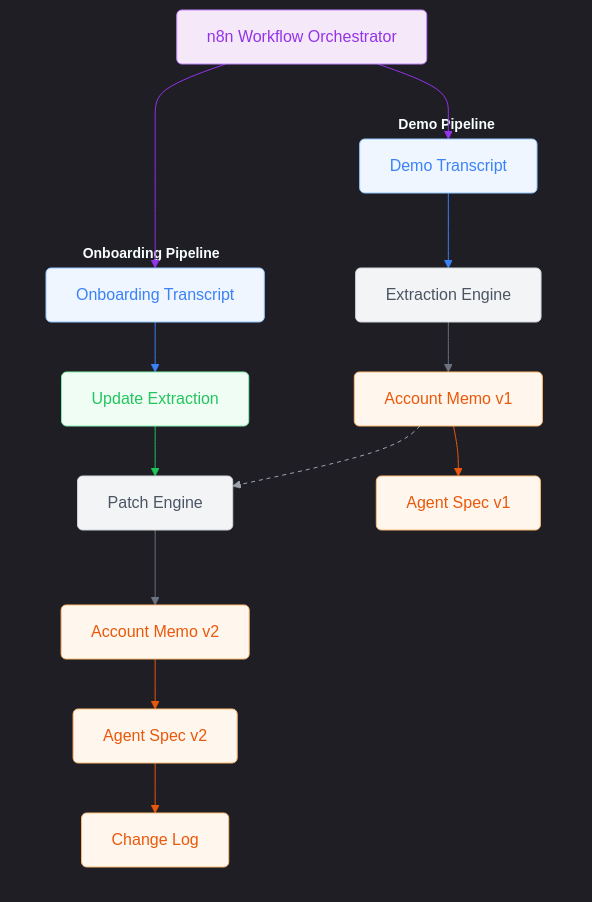
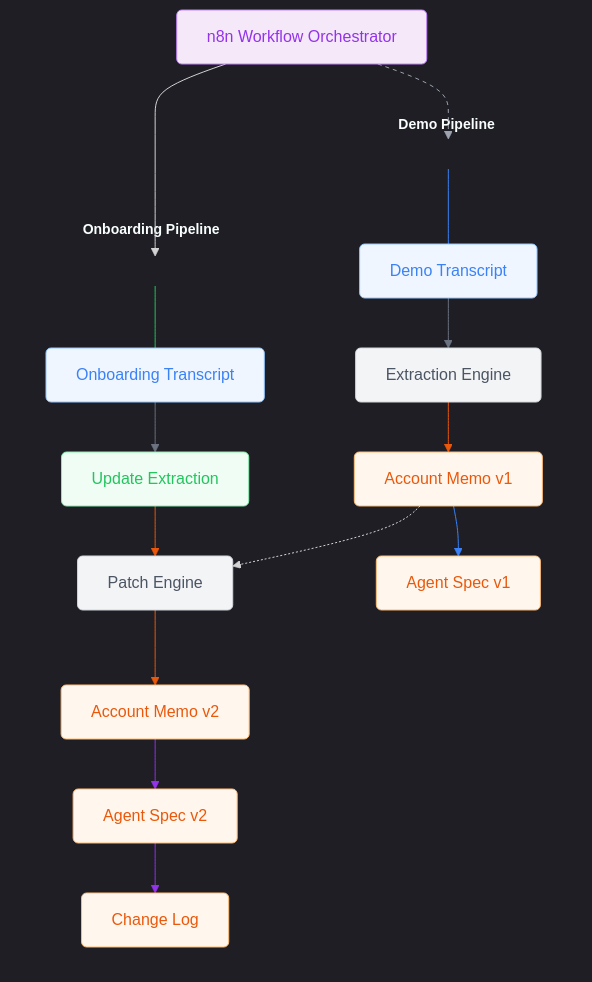
The second of 2 diagrams in README.md (Soumik-R/clara-agent-pipeline), drawn with Mermaid before and after one commit.

````diff
--- a/README.md
+++ b/README.md
@@ -154,57 +154,62 @@
 ```mermaid
 %%{init: {'theme': 'dark'}}%%
 graph TD
     classDef purple fill:#f5e8f9,stroke:#c084fc,stroke-width:1px,color:#9333ea,rx:5px,ry:5px;
     classDef blue fill:#eff6ff,stroke:#93c5fd,stroke-width:1px,color:#3b82f6,rx:5px,ry:5px;
     classDef grey fill:#f3f4f6,stroke:#d1d5db,stroke-width:1px,color:#4b5563,rx:5px,ry:5px;
     classDef green fill:#f0fdf4,stroke:#86efac,stroke-width:1px,color:#22c55e,rx:5px,ry:5px;
     classDef orange fill:#fff7ed,stroke:#fdba74,stroke-width:1px,color:#ea580c,rx:5px,ry:5px;
+    classDef invis fill:transparent,stroke:transparent,color:transparent;
 
     style DemoPhase fill:transparent,stroke:none,font-weight:bold,font-size:14px;
     style OnboardingPhase fill:transparent,stroke:none,font-weight:bold,font-size:14px;
 
     O[n8n Workflow Orchestrator]:::purple
 
     subgraph DemoPhase ["Demo Pipeline"]
+        S1[ ]:::invis
         A[Demo Transcript]:::blue
         B[Extraction Engine]:::grey
         C[Account Memo v1]:::orange
         D[Agent Spec v1]:::orange
 
+        S1 ~~~ A
         A --> B
         B --> C
         C --> D
     end
 
     subgraph OnboardingPhase ["Onboarding Pipeline"]
+        S2[ ]:::invis
         E[Onboarding Transcript]:::blue
         F[Update Extraction]:::green
         G[Patch Engine]:::grey
         H[Account Memo v2]:::orange
         I[Agent Spec v2]:::orange
         J[Change Log]:::orange
 
+        S2 ~~~ E
         E --> F
         F --> G
         G --> H
         H --> I
         I --> J
     end
 
-    O --> A
-    O --> E
+    O --> S1
+    O --> S2
     
     C -.-> G
 
     linkStyle 0 stroke:#3b82f6,stroke-width:1px;
     linkStyle 1 stroke:#6b7280,stroke-width:1px;
     linkStyle 2 stroke:#ea580c,stroke-width:1px;
     linkStyle 3 stroke:#3b82f6,stroke-width:1px;
     linkStyle 4 stroke:#22c55e,stroke-width:1px;
     linkStyle 5 stroke:#6b7280,stroke-width:1px;
     linkStyle 6 stroke:#ea580c,stroke-width:1px;
     linkStyle 7 stroke:#ea580c,stroke-width:1px;
     linkStyle 8 stroke:#9333ea,stroke-width:1px;
     linkStyle 9 stroke:#9333ea,stroke-width:1px;
     linkStyle 10 stroke:#9ca3af,stroke-width:1px,stroke-dasharray: 4 4;
 ```
````
